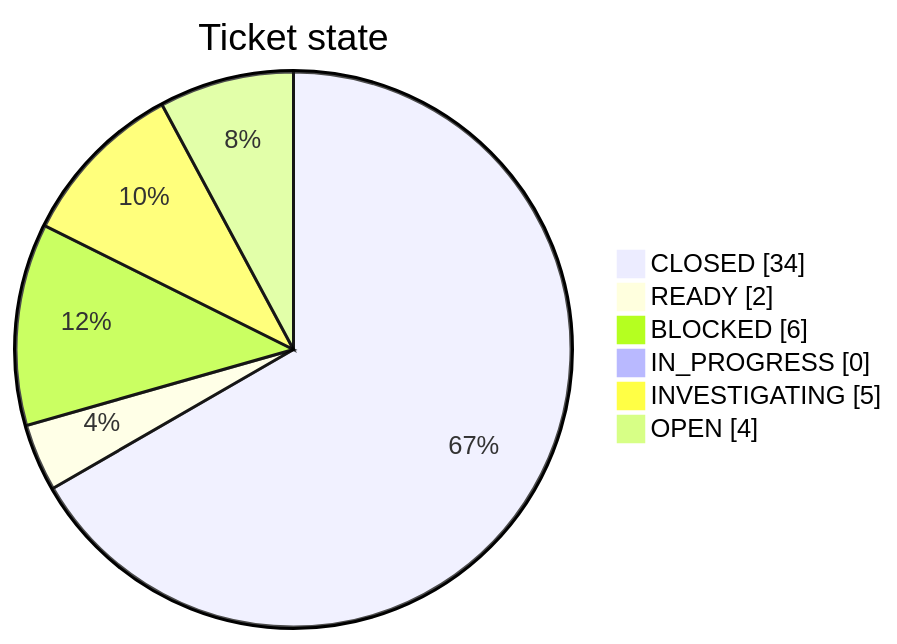
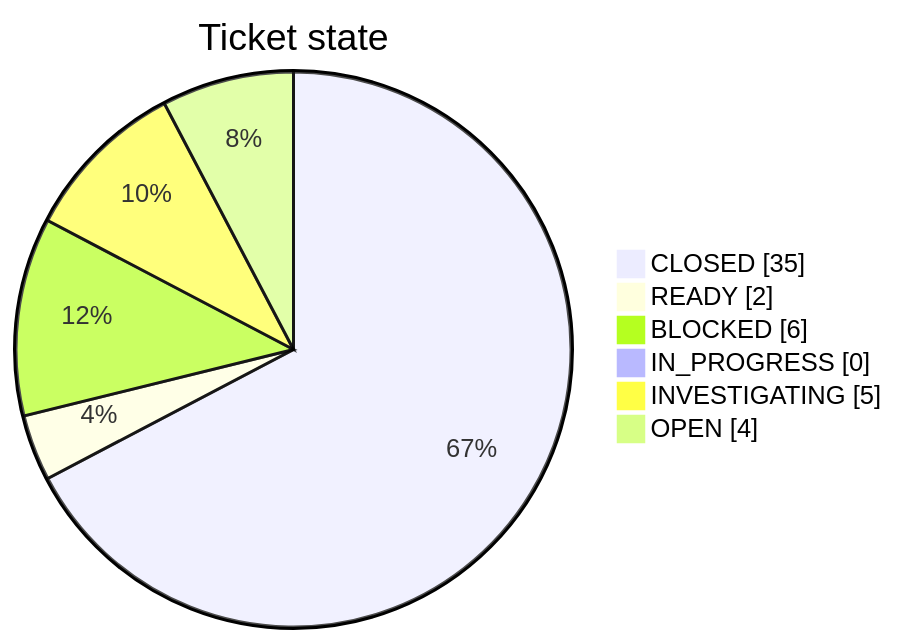
One commit to TECHSCHOLAR777/SINGLE-CHANNEL-SPEECH-SEPARATION-PROJECT changed the first of 2 diagrams in docs/restoration/ISSUE_LEDGER.md. Above: the diagram before and after it, drawn with Mermaid. The commit also changed other lines of this file and 2 other files, not shown here.

````diff
--- a/docs/restoration/ISSUE_LEDGER.md
+++ b/docs/restoration/ISSUE_LEDGER.md
@@ -93,10 +94,10 @@
 ```mermaid
 pie showData
     title Ticket state
-    "CLOSED" : 34
+    "CLOSED" : 35
     "READY" : 2
     "BLOCKED" : 6
     "IN_PROGRESS" : 0
     "INVESTIGATING" : 5
     "OPEN" : 4
 ```
````
